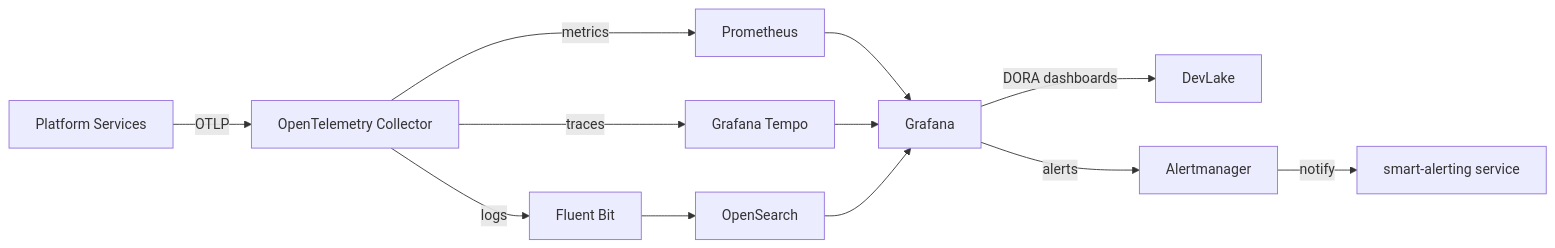
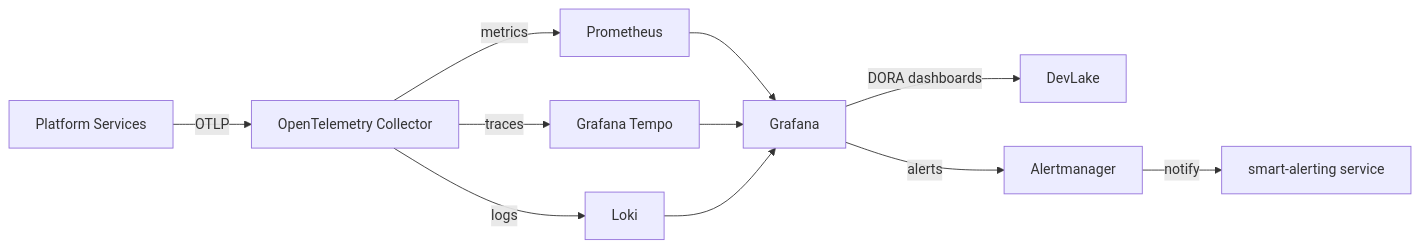
The third of 4 diagrams in docs/ARCHITECTURE.md (paruff/fawkes), drawn with Mermaid before and after one commit. The commit also changed other lines of this file and 52 other files, not shown here.

First line of the commit message:
feat(observability): migrate log storage from OpenSearch to Loki (#1885)

````diff
--- a/docs/ARCHITECTURE.md
+++ b/docs/ARCHITECTURE.md
@@ -349,16 +348,15 @@
 ```mermaid
 graph LR
     Apps[Platform Services] -->|OTLP| OTel[OpenTelemetry Collector]
     OTel -->|metrics| Prom[Prometheus]
     OTel -->|traces| Tempo[Grafana Tempo]
-    OTel -->|logs| FluentBit[Fluent Bit]
-    FluentBit --> OpenSearch[OpenSearch]
+    OTel -->|logs| Loki[Loki]
 
     Prom --> Grafana[Grafana]
     Tempo --> Grafana
-    OpenSearch --> Grafana
+    Loki --> Grafana
 
     Grafana -->|DORA dashboards| DevLake[DevLake]
     Grafana -->|alerts| Alertmanager[Alertmanager]
     Alertmanager -->|notify| SmartAlerting[smart-alerting service]
 ```
````
